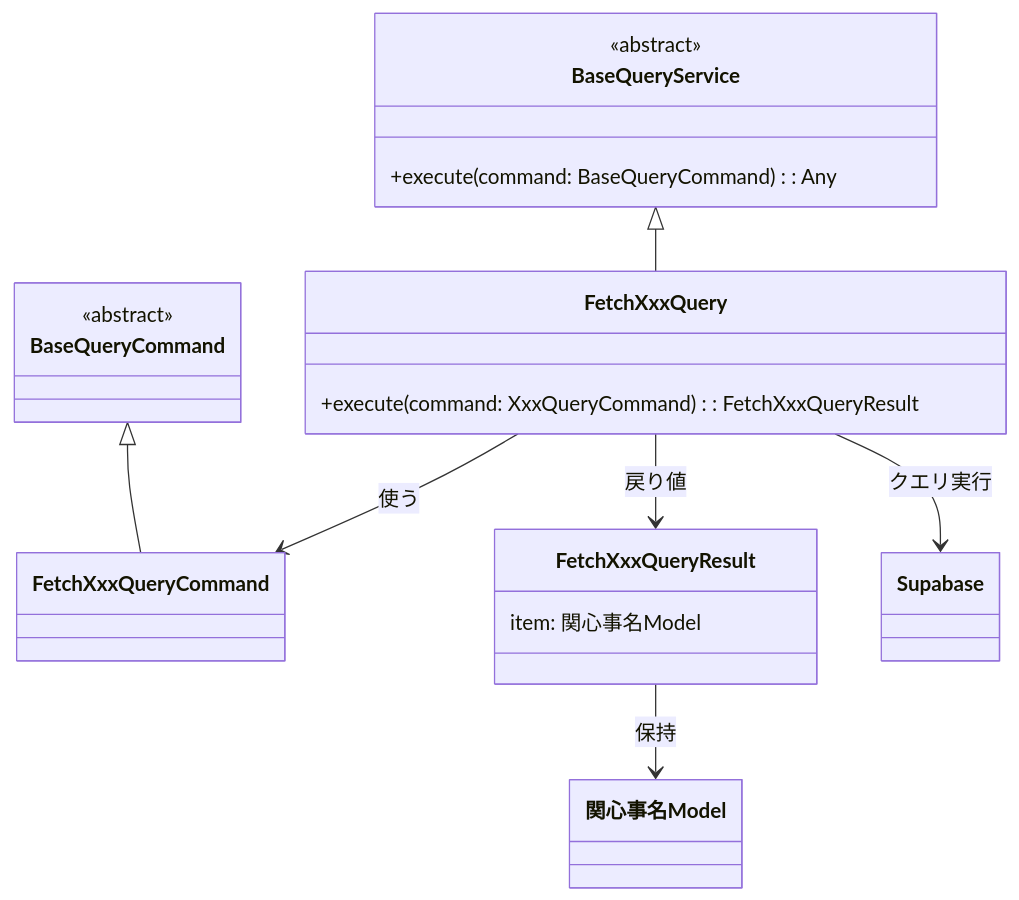
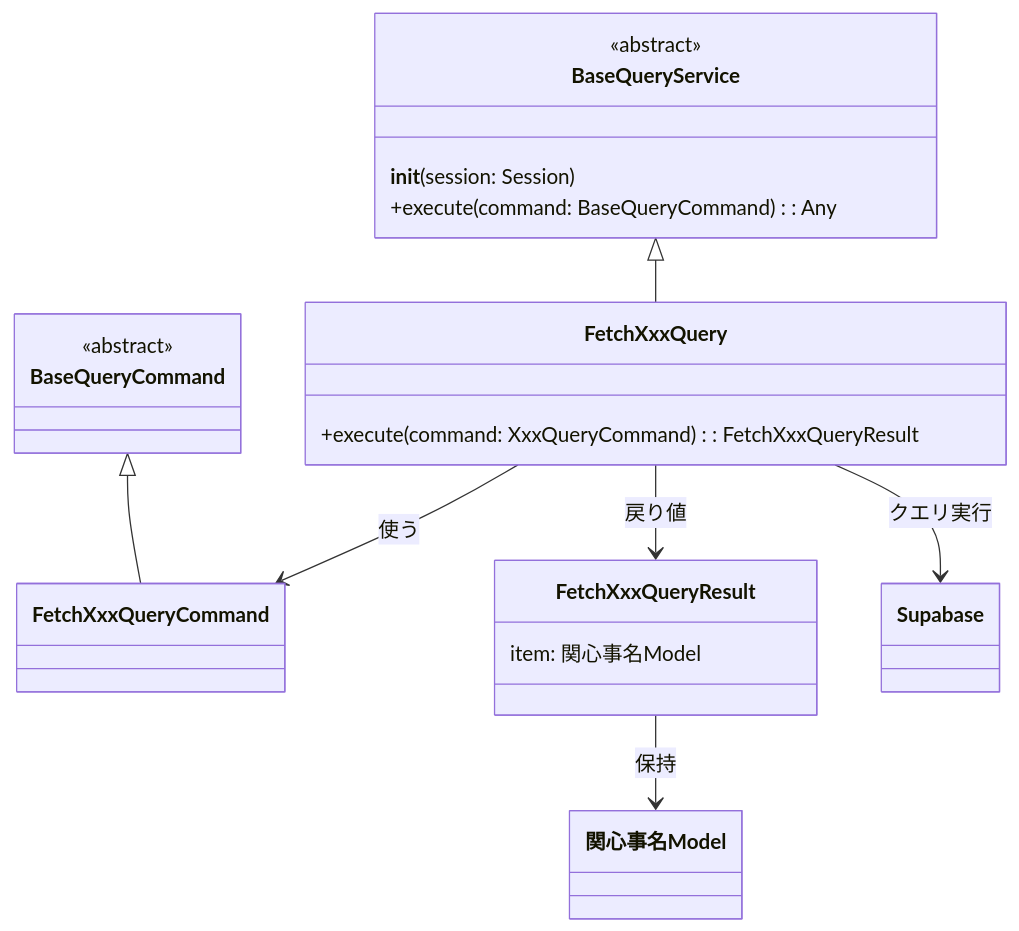
Before and after one commit to shuhei1101/allowance-questboard: the first of 3 diagrams in docs/ja/api/クエリサービス関連.md, drawn with Mermaid. The commit also changed other lines of this file and 32 other files, not shown here.

````diff
--- a/docs/ja/api/クエリサービス関連.md
+++ b/docs/ja/api/クエリサービス関連.md
@@ -11,26 +15,27 @@
 ```mermaid
 classDiagram
     class BaseQueryCommand {
         <<abstract>>
     }
     class BaseQueryService {
         <<abstract>>
+        __init__(session: Session)
         +execute(command: BaseQueryCommand): Any
     }
     class FetchXxxQuery {
         +execute(command: XxxQueryCommand): FetchXxxQueryResult
     }
     class FetchXxxQueryCommand
     class FetchXxxQueryResult {
         item: 関心事名Model
     }
     class 関心事名Model
     
     BaseQueryCommand <|-- FetchXxxQueryCommand
     BaseQueryService <|-- FetchXxxQuery
     FetchXxxQuery --> FetchXxxQueryCommand : 使う
     FetchXxxQuery --> FetchXxxQueryResult : 戻り値
     FetchXxxQueryResult --> 関心事名Model : 保持
     FetchXxxQuery --> Supabase: クエリ実行
     class Supabase
 ```
````
